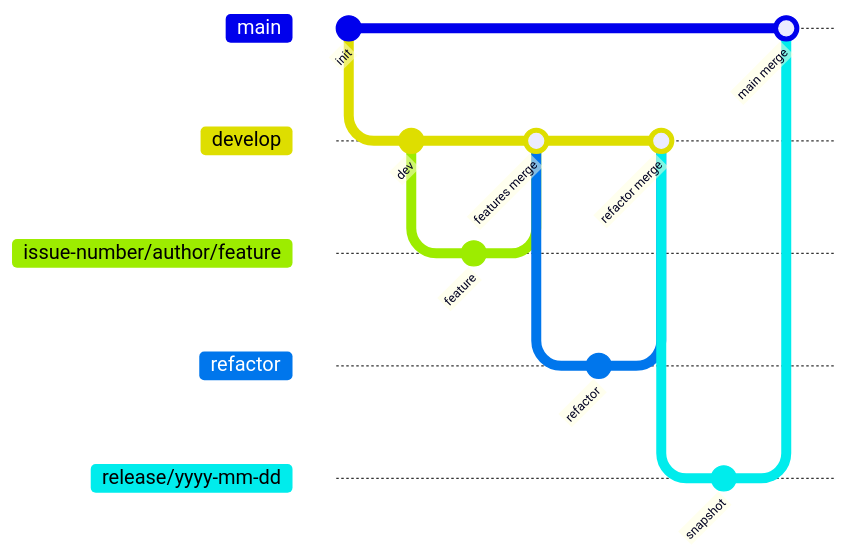
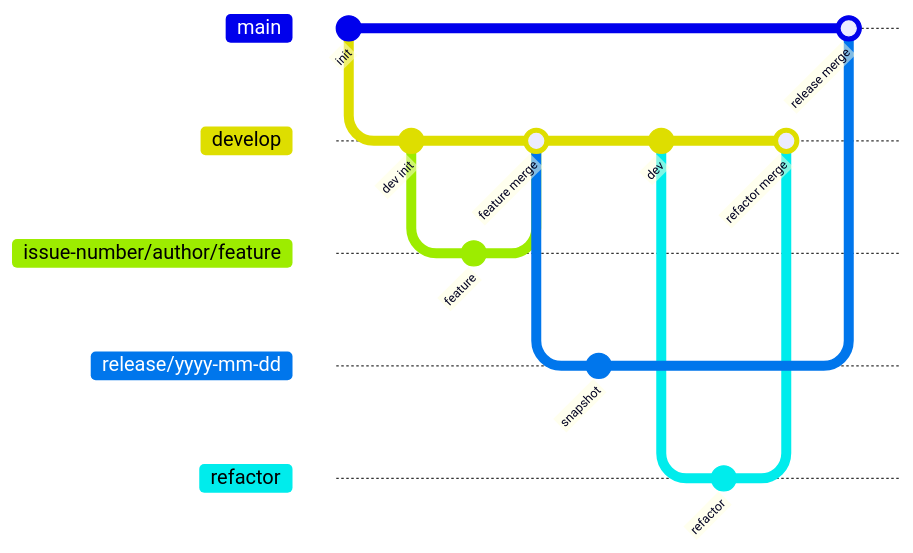
Before and after one commit to kakao-tech-campus-3rd-step3/Team2_BE: the diagram in README.md, drawn with Mermaid. The commit also changed other lines of this file and 104 other files, not shown here.

````diff
--- a/README.md
+++ b/README.md
@@ -22,20 +22,22 @@
 ```mermaid
-gitGraph
-  commit id:"init"
+  gitGraph
+  commit id: "init"
   branch develop
   checkout develop
+  commit id: "dev init"
+  branch issue-number/author/feature
+  commit id: "feature"
+  checkout develop
+  merge issue-number/author/feature id: "feature merge"
+  branch release/yyyy-mm-dd
+  commit id: "snapshot"
+  checkout develop
   commit id: "dev"
-  branch "issue-number/author/feature"
-  commit id:"feature"
-  checkout develop
-  merge "issue-number/author/feature" id:"features merge"
-  branch "refactor"
+  branch refactor
   commit id: "refactor"
   checkout develop
-  merge "refactor" id:"refactor merge"
-  branch "release/yyyy-mm-dd"
-  checkout "release/yyyy-mm-dd"
-  commit id:"snapshot"
+  merge refactor id:"refactor merge"
   checkout main
-  merge "release/yyyy-mm-dd" id:"main merge"
+  merge release/yyyy-mm-dd id:"release merge"
+  checkout develop
 ```
````
